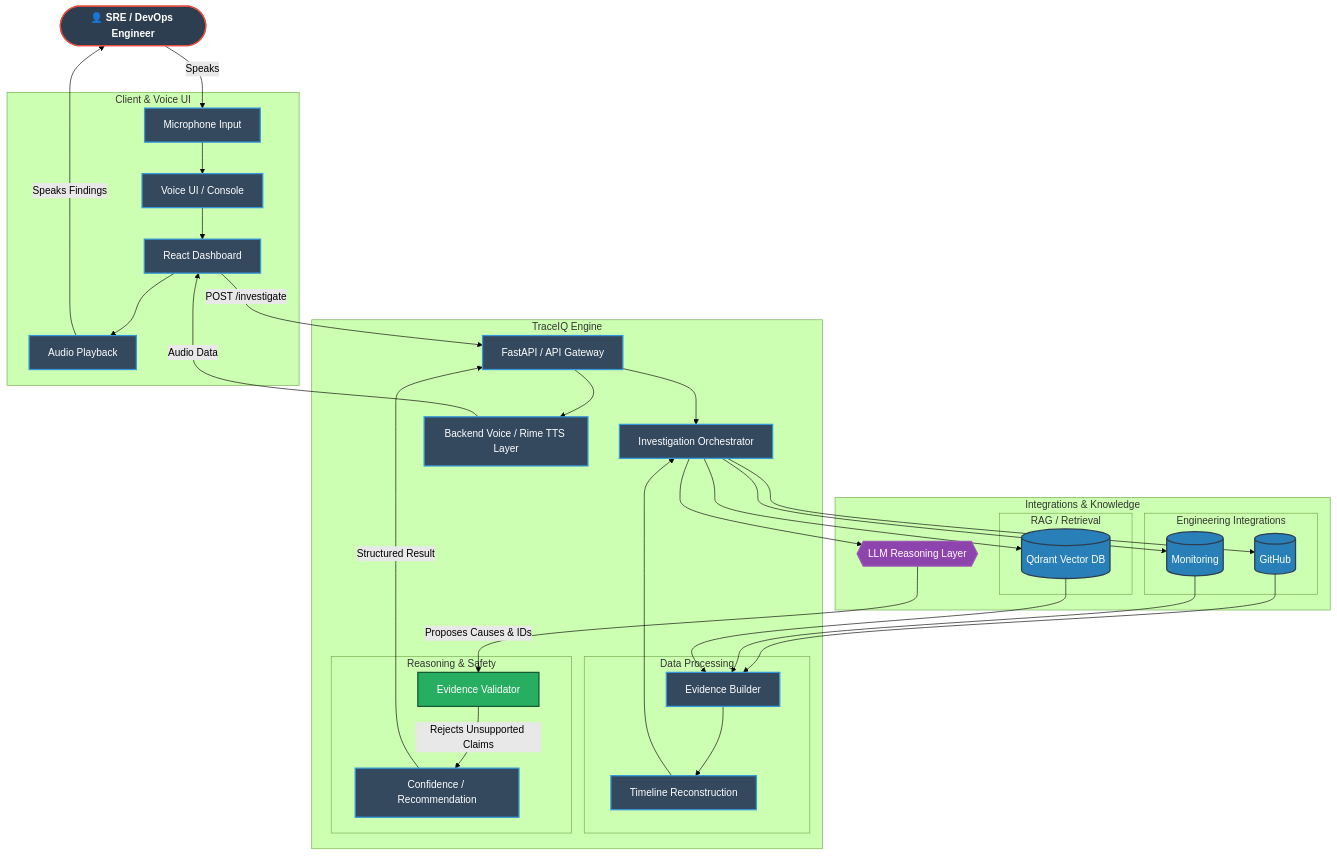
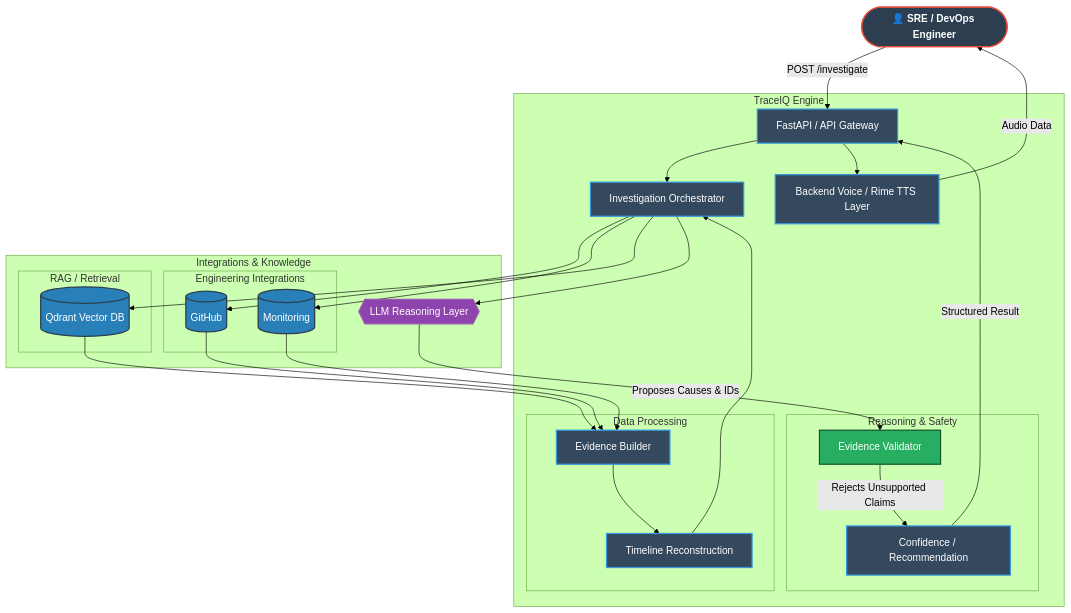
The first of 2 diagrams in README.md (suryansh24-coder/TraceIQ), drawn with Mermaid (forest theme) before and after one commit. The commit also changed other lines of this file and 75 other files, not shown here.

````diff
--- a/README.md
+++ b/README.md
@@ -48,76 +47,65 @@
 ```mermaid
 flowchart TD
     classDef user fill:#2C3E50,stroke:#E74C3C,stroke-width:2px,color:#fff,font-weight:bold
     classDef component fill:#34495E,stroke:#3498DB,stroke-width:2px,color:#fff
     classDef db fill:#2980B9,stroke:#2C3E50,stroke-width:2px,color:#fff
     classDef llm fill:#8E44AD,stroke:#9B59B6,stroke-width:2px,color:#fff
     classDef security fill:#27AE60,stroke:#145A32,stroke-width:2px,color:#fff
 
     User([👤 SRE / DevOps Engineer]):::user
     
-    subgraph Frontend [Client & Voice UI]
-        React[React Dashboard]:::component
-        VoiceUI[Voice UI / Console]:::component
-        Mic[Microphone Input]:::component
-        Playback[Audio Playback]:::component
-    end
     
     subgraph Backend [TraceIQ Engine]
         API[FastAPI / API Gateway]:::component
         Orchestrator[Investigation Orchestrator]:::component
         
         subgraph Data Processing
             Builder[Evidence Builder]:::component
             Timeline[Timeline Reconstruction]:::component
         end
         
         subgraph Reasoning & Safety
             Val[Evidence Validator]:::security
             Rec[Confidence / Recommendation]:::component
         end
         
         VoiceAPI[Backend Voice / Rime TTS Layer]:::component
     end
     
     subgraph Integrations & Knowledge
         subgraph Engineering Integrations
             GitHub[(GitHub)]:::db
             Monitor[(Monitoring)]:::db
         end
         
         subgraph RAG / Retrieval
             Qdrant[(Qdrant Vector DB)]:::db
         end
         
         LLM_Model{{LLM Reasoning Layer}}:::llm
     end
     
     %% Relationships
-    User -->|Speaks| Mic
-    Mic --> VoiceUI
-    VoiceUI --> React
-    React -->|POST /investigate| API
+    User -->|POST /investigate| API
     
     API --> Orchestrator
     
     Orchestrator --> GitHub
     Orchestrator --> Monitor
     Orchestrator --> Qdrant
     
     GitHub --> Builder
     Monitor --> Builder
     Qdrant --> Builder
     
     Builder --> Timeline
     Timeline --> Orchestrator
     
     Orchestrator --> LLM_Model
     LLM_Model -->|Proposes Causes & IDs| Val
     Val -->|Rejects Unsupported Claims| Rec
     Rec -->|Structured Result| API
     
     API --> VoiceAPI
-    VoiceAPI -->|Audio Data| React
-    React --> Playback
-    Playback -->|Speaks Findings| User
+    VoiceAPI -->|Audio Data| User
 ```
````
